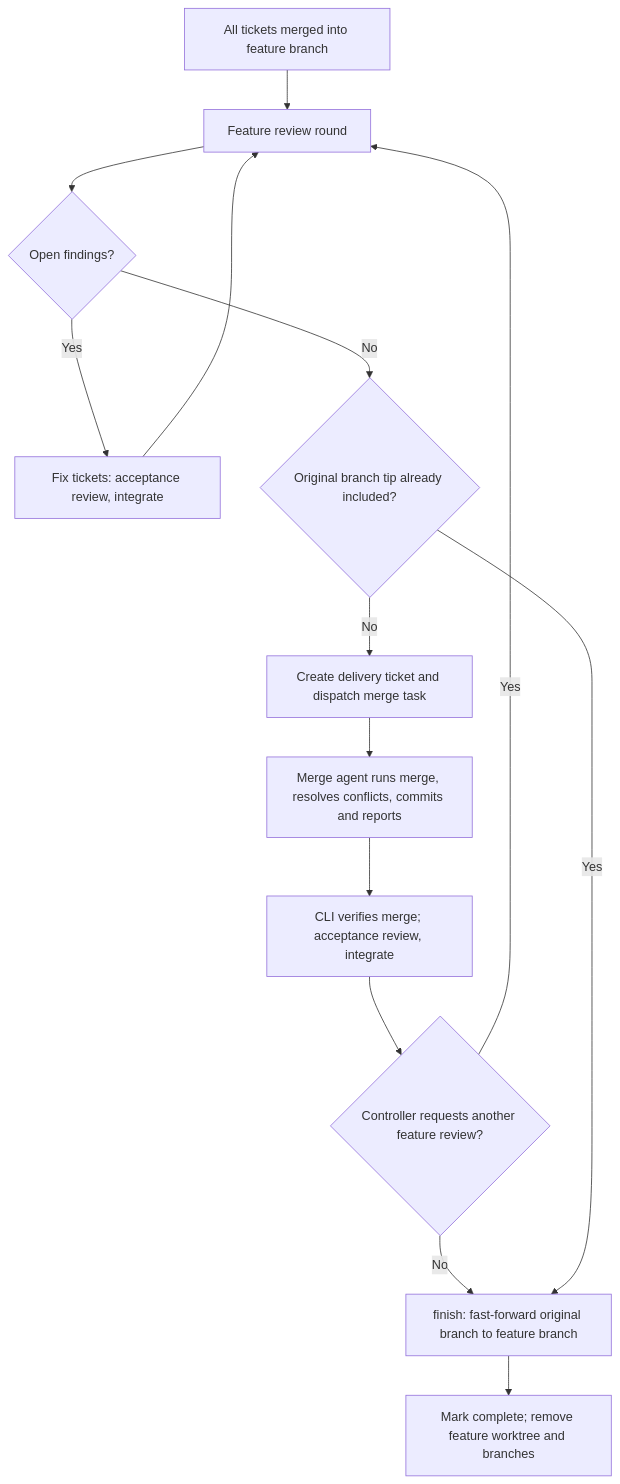
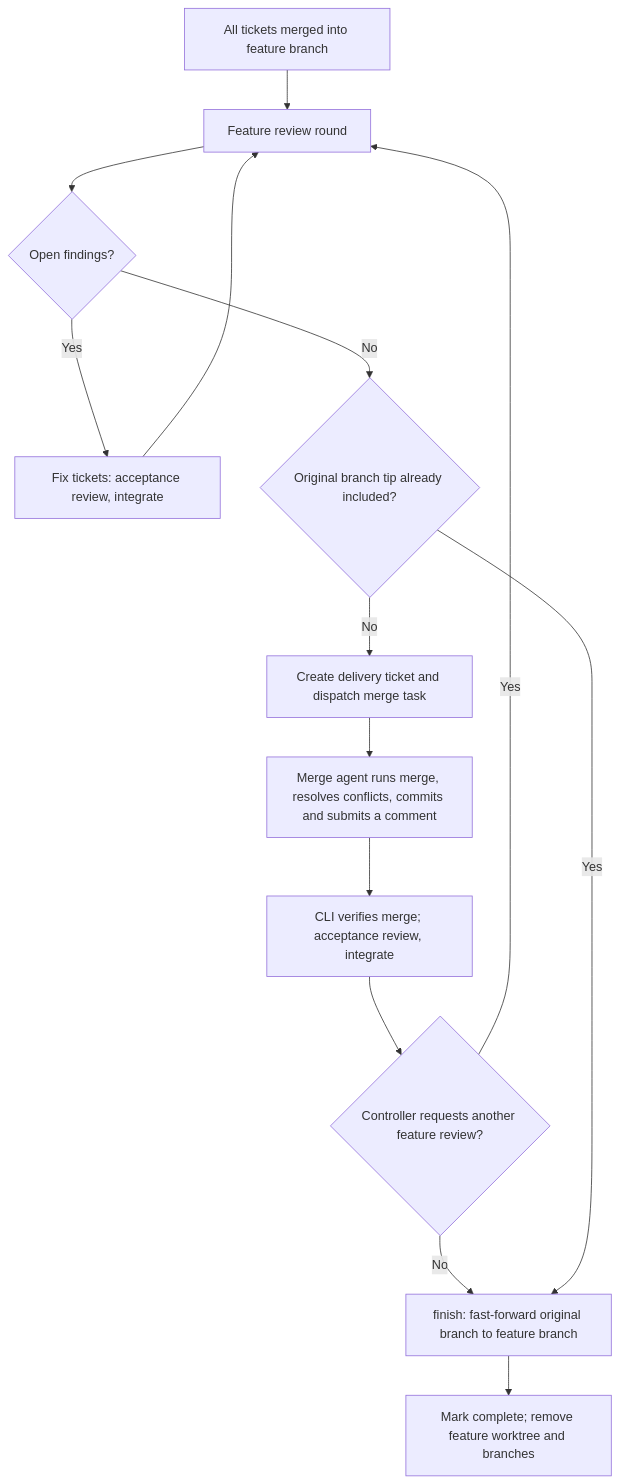
Before and after one commit to UseTheFork/spindle: the seventh of 7 diagrams in SDD-WORKFLOWS.md, drawn with Mermaid. The commit also changed other lines of this file and 9 other files, not shown here.

````diff
--- a/SDD-WORKFLOWS.md
+++ b/SDD-WORKFLOWS.md
@@ -586,16 +588,16 @@
 ```mermaid
 flowchart TD
     A["All tickets merged into feature branch"] --> B["Feature review round"]
     B --> C{"Open findings?"}
     C -->|"Yes"| D["Fix tickets: acceptance review, integrate"]
     D --> B
     C -->|"No"| E{"Original branch tip already included?"}
     E -->|"No"| M["Create delivery ticket and dispatch merge task"]
-    M --> N["Merge agent runs merge, resolves conflicts, commits and reports"]
+    M --> N["Merge agent runs merge, resolves conflicts, commits and submits a comment"]
     N --> O["CLI verifies merge; acceptance review, integrate"]
     O --> P{"Controller requests another feature review?"}
     P -->|"Yes"| B
     P -->|"No"| I
     E -->|"Yes"| I["finish: fast-forward original branch to feature branch"]
     I --> J["Mark complete; remove feature worktree and branches"]
 ```
````
